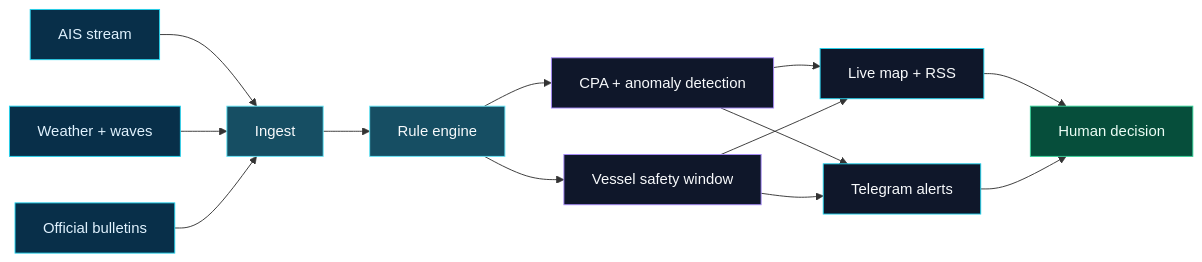
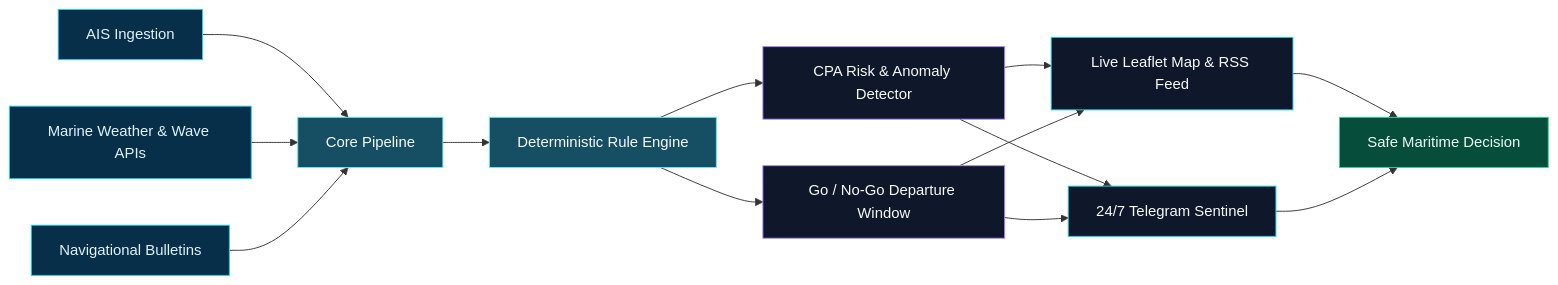
Before and after one commit to KeremKalyoncu/KeremKalyoncu: the diagram in README.md, drawn with Mermaid. The commit also changed other lines of this file and 4 other files, not shown here.

````diff
--- a/README.md
+++ b/README.md
@@ -217,25 +169,25 @@
 ```mermaid
 flowchart LR
-    A[AIS stream] --> D[Ingest]
-    B[Weather + waves] --> D
-    C[Official bulletins] --> D
-    D --> E[Rule engine]
-    E --> F[CPA + anomaly detection]
-    E --> G[Vessel safety window]
-    F --> H[Live map + RSS]
+    A[AIS Ingestion] --> D[Core Pipeline]
+    B[Marine Weather & Wave APIs] --> D
+    C[Navigational Bulletins] --> D
+    D --> E[Deterministic Rule Engine]
+    E --> F[CPA Risk & Anomaly Detector]
+    E --> G[Go / No-Go Departure Window]
+    F --> H[Live Leaflet Map & RSS Feed]
     G --> H
-    F --> I[Telegram alerts]
+    F --> I[24/7 Telegram Sentinel]
     G --> I
-    H --> J[Human decision]
+    H --> J[Safe Maritime Decision]
     I --> J
     style A fill:#082F49,stroke:#22D3EE,color:#E0F2FE
     style B fill:#082F49,stroke:#22D3EE,color:#E0F2FE
     style C fill:#082F49,stroke:#22D3EE,color:#E0F2FE
     style D fill:#164E63,stroke:#67E8F9,color:#F8FAFC
     style E fill:#164E63,stroke:#67E8F9,color:#F8FAFC
     style F fill:#0F172A,stroke:#A78BFA,color:#F8FAFC
     style G fill:#0F172A,stroke:#A78BFA,color:#F8FAFC
     style H fill:#0F172A,stroke:#22D3EE,color:#F8FAFC
     style I fill:#0F172A,stroke:#22D3EE,color:#F8FAFC
     style J fill:#064E3B,stroke:#34D399,color:#ECFDF5
 ```
````
